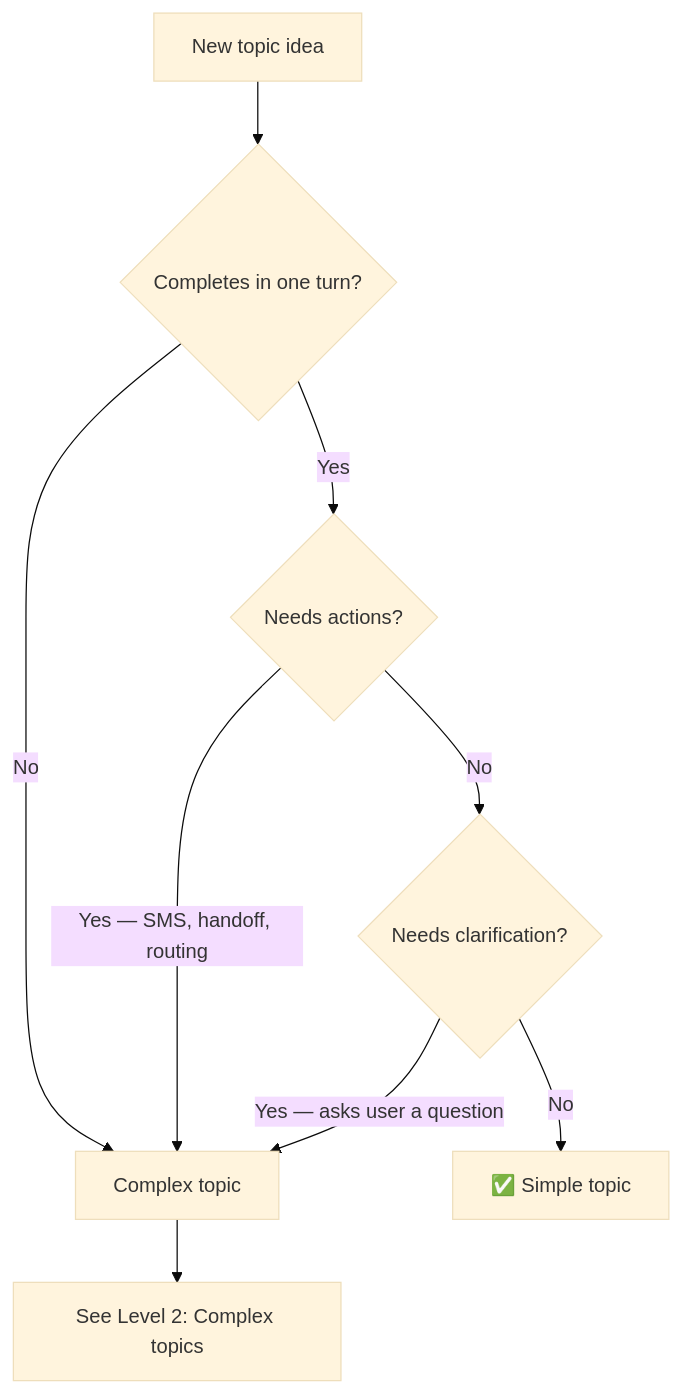
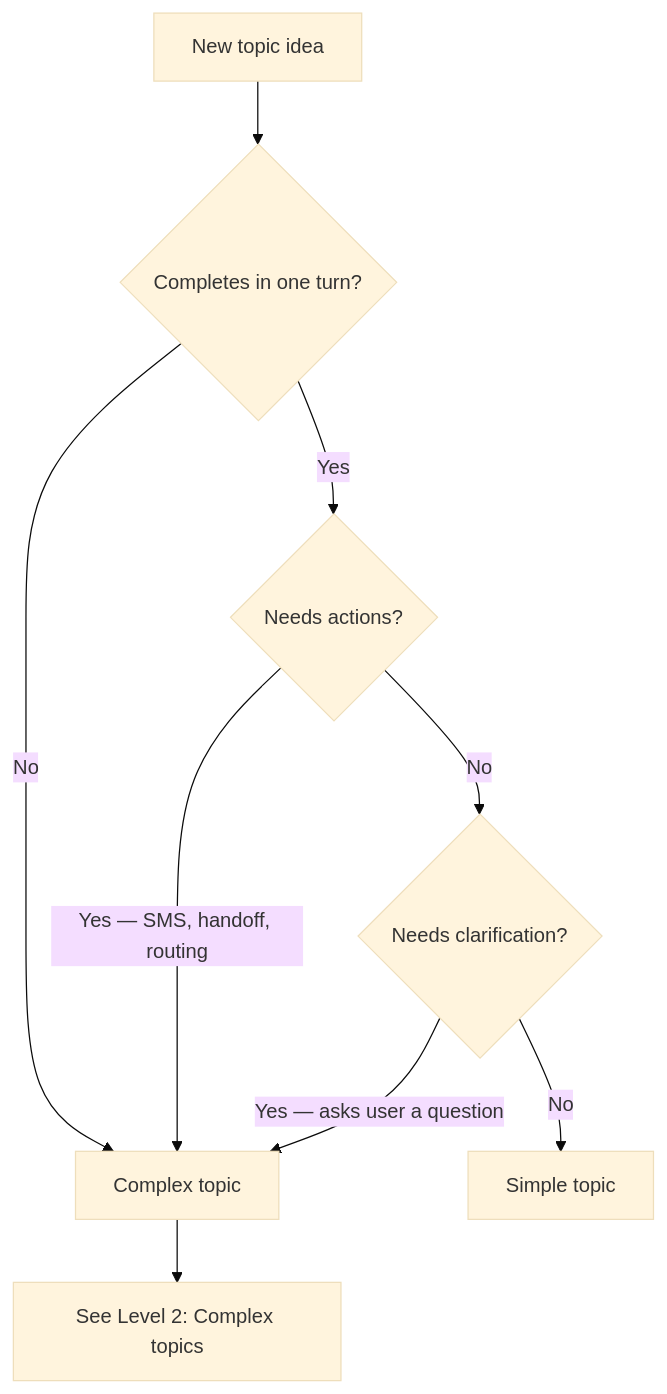
Before and after one commit to PolyAI-LDN/polyai-mintlify-doc: the diagram in learn/guides/get-started/add-kb-topic.mdx, drawn with Mermaid (base theme). The commit also changed other lines of this file and 6 other files, not shown here.

````diff
--- a/learn/guides/get-started/add-kb-topic.mdx
+++ b/learn/guides/get-started/add-kb-topic.mdx
@@ -44,11 +44,11 @@
 ```mermaid
 flowchart TD
     A[New topic idea] --> B{Completes in one turn?}
     B -->|No| C[Complex topic]
     B -->|Yes| D{Needs actions?}
     D -->|Yes — SMS, handoff, routing| C
     D -->|No| E{Needs clarification?}
     E -->|Yes — asks user a question| C
-    E -->|No| F[✅ Simple topic]
+    E -->|No| F[Simple topic]
     C --> G[See Level 2: Complex topics]
 ```
````
